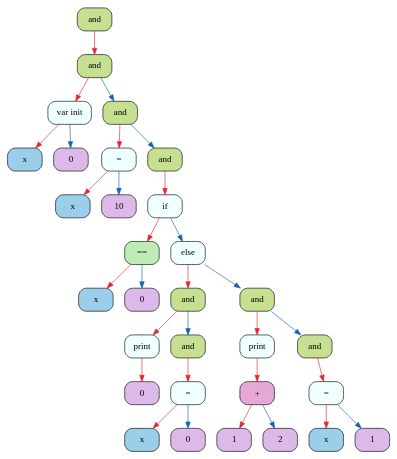
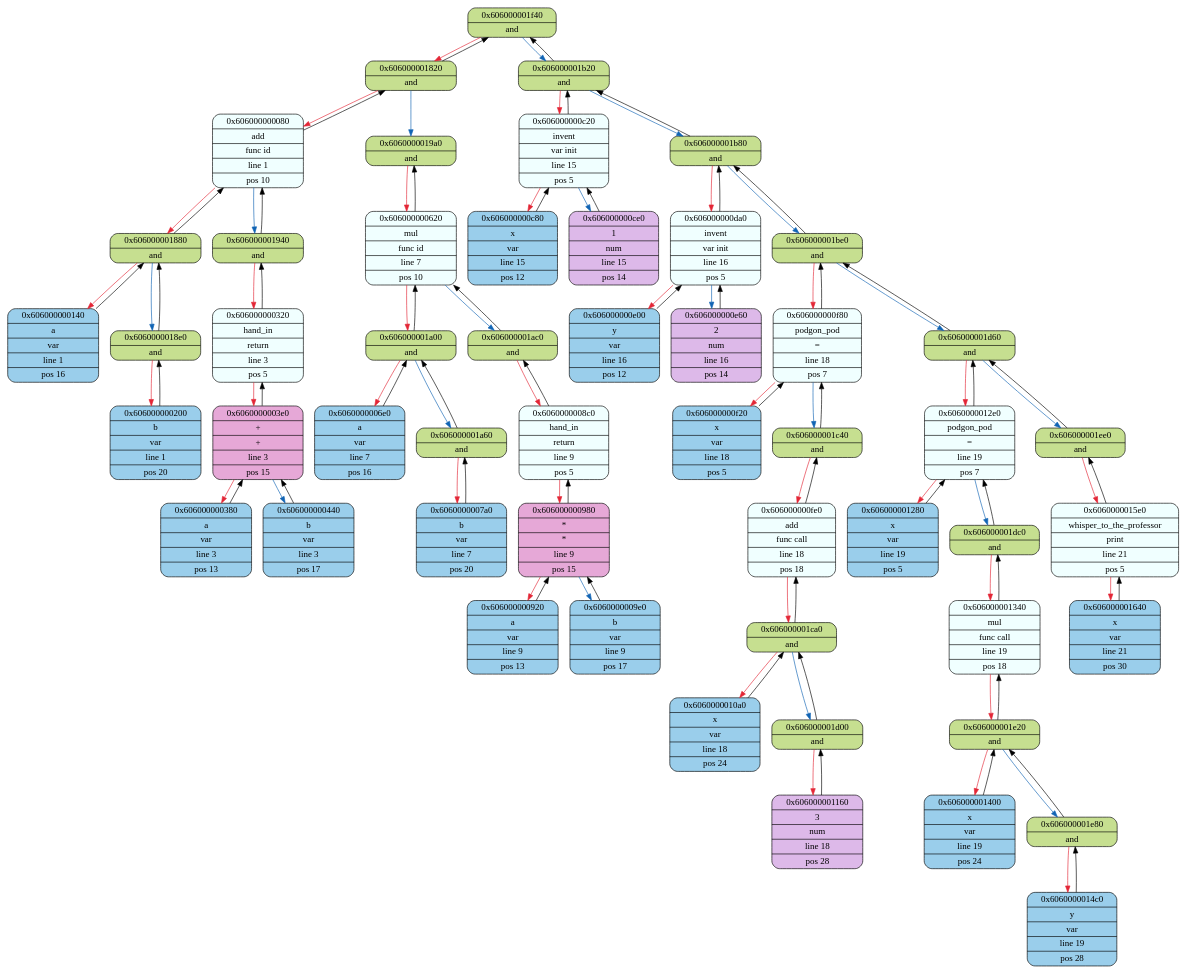
Before and after one commit to 2APetrin/MIPT_language: the diagram in frontend/logs/log_graphviz.dot, drawn with Graphviz. The commit also changed 17 other files, not shown here.

```diff
--- a/frontend/logs/log_graphviz.dot
+++ b/frontend/logs/log_graphviz.dot
@@ -1,64 +1,156 @@
 digraph
 {
-    node_0x606000000b60[shape = Mrecord, label = "{{and}}", style = "filled", fillcolor = "#C6DF90"];
-    node_0x606000000b00[shape = Mrecord, label = "{{and}}", style = "filled", fillcolor = "#C6DF90"];
-    node_0x6060000000e0[shape = Mrecord, label = "{{var init}}", style = "filled", fillcolor = "#F0FFFF"];
-    node_0x606000000020[shape = Mrecord, label = "{{x}}", style = "filled", fillcolor = "#9ACEEB"];
-    node_0x606000000080[shape = Mrecord, label = "{{0}}", style = "filled", fillcolor = "#DDB9E9"];
-    node_0x606000000aa0[shape = Mrecord, label = "{{and}}", style = "filled", fillcolor = "#C6DF90"];
-    node_0x606000000200[shape = Mrecord, label = "{{=}}", style = "filled", fillcolor = "#F0FFFF"];
-    node_0x606000000140[shape = Mrecord, label = "{{x}}", style = "filled", fillcolor = "#9ACEEB"];
-    node_0x6060000001a0[shape = Mrecord, label = "{{10}}", style = "filled", fillcolor = "#DDB9E9"];
-    node_0x606000000a40[shape = Mrecord, label = "{{and}}", style = "filled", fillcolor = "#C6DF90"];
-    node_0x6060000009e0[shape = Mrecord, label = "{{if}}", style = "filled", fillcolor = "#F0FFFF"];
-    node_0x606000000320[shape = Mrecord, label = "{{==}}", style = "filled", fillcolor = "#BDECB6"];
-    node_0x606000000260[shape = Mrecord, label = "{{x}}", style = "filled", fillcolor = "#9ACEEB"];
-    node_0x6060000002c0[shape = Mrecord, label = "{{0}}", style = "filled", fillcolor = "#DDB9E9"];
-    node_0x606000000980[shape = Mrecord, label = "{{else}}", style = "filled", fillcolor = "#F0FFFF"];
-    node_0x6060000005c0[shape = Mrecord, label = "{{and}}", style = "filled", fillcolor = "#C6DF90"];
-    node_0x6060000003e0[shape = Mrecord, label = "{{print}}", style = "filled", fillcolor = "#F0FFFF"];
-    node_0x606000000380[shape = Mrecord, label = "{{0}}", style = "filled", fillcolor = "#DDB9E9"];
-    node_0x606000000560[shape = Mrecord, label = "{{and}}", style = "filled", fillcolor = "#C6DF90"];
-    node_0x606000000500[shape = Mrecord, label = "{{=}}", style = "filled", fillcolor = "#F0FFFF"];
-    node_0x606000000440[shape = Mrecord, label = "{{x}}", style = "filled", fillcolor = "#9ACEEB"];
-    node_0x6060000004a0[shape = Mrecord, label = "{{0}}", style = "filled", fillcolor = "#DDB9E9"];
-    node_0x606000000920[shape = Mrecord, label = "{{and}}", style = "filled", fillcolor = "#C6DF90"];
-    node_0x606000000740[shape = Mrecord, label = "{{print}}", style = "filled", fillcolor = "#F0FFFF"];
-    node_0x6060000006e0[shape = Mrecord, label = "{{+}}", style = "filled", fillcolor = "#E6A8D7"];
-    node_0x606000000620[shape = Mrecord, label = "{{1}}", style = "filled", fillcolor = "#DDB9E9"];
-    node_0x606000000680[shape = Mrecord, label = "{{2}}", style = "filled", fillcolor = "#DDB9E9"];
-    node_0x6060000008c0[shape = Mrecord, label = "{{and}}", style = "filled", fillcolor = "#C6DF90"];
-    node_0x606000000860[shape = Mrecord, label = "{{=}}", style = "filled", fillcolor = "#F0FFFF"];
-    node_0x6060000007a0[shape = Mrecord, label = "{{x}}", style = "filled", fillcolor = "#9ACEEB"];
-    node_0x606000000800[shape = Mrecord, label = "{{1}}", style = "filled", fillcolor = "#DDB9E9"];
-    node_0x606000000b60->node_0x606000000b00 [color = "#E32636"];
-    node_0x606000000b00->node_0x6060000000e0 [color = "#E32636"];
-    node_0x6060000000e0->node_0x606000000020 [color = "#E32636"];
-    node_0x6060000000e0->node_0x606000000080 [color = "#1164B4"];
-    node_0x606000000b00->node_0x606000000aa0 [color = "#1164B4"];
-    node_0x606000000aa0->node_0x606000000200 [color = "#E32636"];
-    node_0x606000000200->node_0x606000000140 [color = "#E32636"];
-    node_0x606000000200->node_0x6060000001a0 [color = "#1164B4"];
-    node_0x606000000aa0->node_0x606000000a40 [color = "#1164B4"];
-    node_0x606000000a40->node_0x6060000009e0 [color = "#E32636"];
-    node_0x6060000009e0->node_0x606000000320 [color = "#E32636"];
-    node_0x606000000320->node_0x606000000260 [color = "#E32636"];
-    node_0x606000000320->node_0x6060000002c0 [color = "#1164B4"];
-    node_0x6060000009e0->node_0x606000000980 [color = "#1164B4"];
-    node_0x606000000980->node_0x6060000005c0 [color = "#E32636"];
-    node_0x6060000005c0->node_0x6060000003e0 [color = "#E32636"];
+    node_0x606000001f40[shape = Mrecord, label = "{{0x606000001f40} | {and}}", style = "filled", fillcolor = "#C6DF90"];
+    node_0x606000001820[shape = Mrecord, label = "{{0x606000001820} | {and}}", style = "filled", fillcolor = "#C6DF90"];
+    node_0x606000000080[shape = Mrecord, label = "{{0x606000000080} | {add} | {func id} | {line 1} | {pos 10}}", style = "filled", fillcolor = "#F0FFFF"];
+    node_0x606000001880[shape = Mrecord, label = "{{0x606000001880} | {and}}", style = "filled", fillcolor = "#C6DF90"];
+    node_0x606000000140[shape = Mrecord, label = "{{0x606000000140} | {a} | {var} | {line 1} | {pos 16}}", style = "filled", fillcolor = "#9ACEEB"];
+    node_0x6060000018e0[shape = Mrecord, label = "{{0x6060000018e0} | {and}}", style = "filled", fillcolor = "#C6DF90"];
+    node_0x606000000200[shape = Mrecord, label = "{{0x606000000200} | {b} | {var} | {line 1} | {pos 20}}", style = "filled", fillcolor = "#9ACEEB"];
+    node_0x606000001940[shape = Mrecord, label = "{{0x606000001940} | {and}}", style = "filled", fillcolor = "#C6DF90"];
+    node_0x606000000320[shape = Mrecord, label = "{{0x606000000320} | {hand_in} | {return} | {line 3} | {pos 5}}", style = "filled", fillcolor = "#F0FFFF"];
+    node_0x6060000003e0[shape = Mrecord, label = "{{0x6060000003e0} | {+} | {+} | {line 3} | {pos 15}}", style = "filled", fillcolor = "#E6A8D7"];
+    node_0x606000000380[shape = Mrecord, label = "{{0x606000000380} | {a} | {var} | {line 3} | {pos 13}}", style = "filled", fillcolor = "#9ACEEB"];
+    node_0x606000000440[shape = Mrecord, label = "{{0x606000000440} | {b} | {var} | {line 3} | {pos 17}}", style = "filled", fillcolor = "#9ACEEB"];
+    node_0x6060000019a0[shape = Mrecord, label = "{{0x6060000019a0} | {and}}", style = "filled", fillcolor = "#C6DF90"];
+    node_0x606000000620[shape = Mrecord, label = "{{0x606000000620} | {mul} | {func id} | {line 7} | {pos 10}}", style = "filled", fillcolor = "#F0FFFF"];
+    node_0x606000001a00[shape = Mrecord, label = "{{0x606000001a00} | {and}}", style = "filled", fillcolor = "#C6DF90"];
+    node_0x6060000006e0[shape = Mrecord, label = "{{0x6060000006e0} | {a} | {var} | {line 7} | {pos 16}}", style = "filled", fillcolor = "#9ACEEB"];
+    node_0x606000001a60[shape = Mrecord, label = "{{0x606000001a60} | {and}}", style = "filled", fillcolor = "#C6DF90"];
+    node_0x6060000007a0[shape = Mrecord, label = "{{0x6060000007a0} | {b} | {var} | {line 7} | {pos 20}}", style = "filled", fillcolor = "#9ACEEB"];
+    node_0x606000001ac0[shape = Mrecord, label = "{{0x606000001ac0} | {and}}", style = "filled", fillcolor = "#C6DF90"];
+    node_0x6060000008c0[shape = Mrecord, label = "{{0x6060000008c0} | {hand_in} | {return} | {line 9} | {pos 5}}", style = "filled", fillcolor = "#F0FFFF"];
+    node_0x606000000980[shape = Mrecord, label = "{{0x606000000980} | {*} | {*} | {line 9} | {pos 15}}", style = "filled", fillcolor = "#E6A8D7"];
+    node_0x606000000920[shape = Mrecord, label = "{{0x606000000920} | {a} | {var} | {line 9} | {pos 13}}", style = "filled", fillcolor = "#9ACEEB"];
+    node_0x6060000009e0[shape = Mrecord, label = "{{0x6060000009e0} | {b} | {var} | {line 9} | {pos 17}}", style = "filled", fillcolor = "#9ACEEB"];
+    node_0x606000001b20[shape = Mrecord, label = "{{0x606000001b20} | {and}}", style = "filled", fillcolor = "#C6DF90"];
+    node_0x606000000c20[shape = Mrecord, label = "{{0x606000000c20} | {invent} | {var init} | {line 15} | {pos 5}}", style = "filled", fillcolor = "#F0FFFF"];
+    node_0x606000000c80[shape = Mrecord, label = "{{0x606000000c80} | {x} | {var} | {line 15} | {pos 12}}", style = "filled", fillcolor = "#9ACEEB"];
+    node_0x606000000ce0[shape = Mrecord, label = "{{0x606000000ce0} | {1} | {num} | {line 15} | {pos 14}}", style = "filled", fillcolor = "#DDB9E9"];
+    node_0x606000001b80[shape = Mrecord, label = "{{0x606000001b80} | {and}}", style = "filled", fillcolor = "#C6DF90"];
+    node_0x606000000da0[shape = Mrecord, label = "{{0x606000000da0} | {invent} | {var init} | {line 16} | {pos 5}}", style = "filled", fillcolor = "#F0FFFF"];
+    node_0x606000000e00[shape = Mrecord, label = "{{0x606000000e00} | {y} | {var} | {line 16} | {pos 12}}", style = "filled", fillcolor = "#9ACEEB"];
+    node_0x606000000e60[shape = Mrecord, label = "{{0x606000000e60} | {2} | {num} | {line 16} | {pos 14}}", style = "filled", fillcolor = "#DDB9E9"];
+    node_0x606000001be0[shape = Mrecord, label = "{{0x606000001be0} | {and}}", style = "filled", fillcolor = "#C6DF90"];
+    node_0x606000000f80[shape = Mrecord, label = "{{0x606000000f80} | {podgon_pod} | {=} | {line 18} | {pos 7}}", style = "filled", fillcolor = "#F0FFFF"];
+    node_0x606000000f20[shape = Mrecord, label = "{{0x606000000f20} | {x} | {var} | {line 18} | {pos 5}}", style = "filled", fillcolor = "#9ACEEB"];
+    node_0x606000001c40[shape = Mrecord, label = "{{0x606000001c40} | {and}}", style = "filled", fillcolor = "#C6DF90"];
+    node_0x606000000fe0[shape = Mrecord, label = "{{0x606000000fe0} | {add} | {func call} | {line 18} | {pos 18}}", style = "filled", fillcolor = "#F0FFFF"];
+    node_0x606000001ca0[shape = Mrecord, label = "{{0x606000001ca0} | {and}}", style = "filled", fillcolor = "#C6DF90"];
+    node_0x6060000010a0[shape = Mrecord, label = "{{0x6060000010a0} | {x} | {var} | {line 18} | {pos 24}}", style = "filled", fillcolor = "#9ACEEB"];
+    node_0x606000001d00[shape = Mrecord, label = "{{0x606000001d00} | {and}}", style = "filled", fillcolor = "#C6DF90"];
+    node_0x606000001160[shape = Mrecord, label = "{{0x606000001160} | {3} | {num} | {line 18} | {pos 28}}", style = "filled", fillcolor = "#DDB9E9"];
+    node_0x606000001d60[shape = Mrecord, label = "{{0x606000001d60} | {and}}", style = "filled", fillcolor = "#C6DF90"];
+    node_0x6060000012e0[shape = Mrecord, label = "{{0x6060000012e0} | {podgon_pod} | {=} | {line 19} | {pos 7}}", style = "filled", fillcolor = "#F0FFFF"];
+    node_0x606000001280[shape = Mrecord, label = "{{0x606000001280} | {x} | {var} | {line 19} | {pos 5}}", style = "filled", fillcolor = "#9ACEEB"];
+    node_0x606000001dc0[shape = Mrecord, label = "{{0x606000001dc0} | {and}}", style = "filled", fillcolor = "#C6DF90"];
+    node_0x606000001340[shape = Mrecord, label = "{{0x606000001340} | {mul} | {func call} | {line 19} | {pos 18}}", style = "filled", fillcolor = "#F0FFFF"];
+    node_0x606000001e20[shape = Mrecord, label = "{{0x606000001e20} | {and}}", style = "filled", fillcolor = "#C6DF90"];
+    node_0x606000001400[shape = Mrecord, label = "{{0x606000001400} | {x} | {var} | {line 19} | {pos 24}}", style = "filled", fillcolor = "#9ACEEB"];
+    node_0x606000001e80[shape = Mrecord, label = "{{0x606000001e80} | {and}}", style = "filled", fillcolor = "#C6DF90"];
+    node_0x6060000014c0[shape = Mrecord, label = "{{0x6060000014c0} | {y} | {var} | {line 19} | {pos 28}}", style = "filled", fillcolor = "#9ACEEB"];
+    node_0x606000001ee0[shape = Mrecord, label = "{{0x606000001ee0} | {and}}", style = "filled", fillcolor = "#C6DF90"];
+    node_0x6060000015e0[shape = Mrecord, label = "{{0x6060000015e0} | {whisper_to_the_professor} | {print} | {line 21} | {pos 5}}", style = "filled", fillcolor = "#F0FFFF"];
+    node_0x606000001640[shape = Mrecord, label = "{{0x606000001640} | {x} | {var} | {line 21} | {pos 30}}", style = "filled", fillcolor = "#9ACEEB"];
+    node_0x606000001820->node_0x606000001f40 [color = "#000000"];
+    node_0x606000001f40->node_0x606000001820 [color = "#E32636"];
+    node_0x606000000080->node_0x606000001820 [color = "#000000"];
+    node_0x606000001820->node_0x606000000080 [color = "#E32636"];
+    node_0x606000001880->node_0x606000000080 [color = "#000000"];
+    node_0x606000000080->node_0x606000001880 [color = "#E32636"];
+    node_0x606000000140->node_0x606000001880 [color = "#000000"];
+    node_0x606000001880->node_0x606000000140 [color = "#E32636"];
+    node_0x6060000018e0->node_0x606000001880 [color = "#000000"];
+    node_0x606000001880->node_0x6060000018e0 [color = "#1164B4"];
+    node_0x606000000200->node_0x6060000018e0 [color = "#000000"];
+    node_0x6060000018e0->node_0x606000000200 [color = "#E32636"];
+    node_0x606000001940->node_0x606000000080 [color = "#000000"];
+    node_0x606000000080->node_0x606000001940 [color = "#1164B4"];
+    node_0x606000000320->node_0x606000001940 [color = "#000000"];
+    node_0x606000001940->node_0x606000000320 [color = "#E32636"];
+    node_0x6060000003e0->node_0x606000000320 [color = "#000000"];
+    node_0x606000000320->node_0x6060000003e0 [color = "#E32636"];
+    node_0x606000000380->node_0x6060000003e0 [color = "#000000"];
     node_0x6060000003e0->node_0x606000000380 [color = "#E32636"];
-    node_0x6060000005c0->node_0x606000000560 [color = "#1164B4"];
-    node_0x606000000560->node_0x606000000500 [color = "#E32636"];
-    node_0x606000000500->node_0x606000000440 [color = "#E32636"];
-    node_0x606000000500->node_0x6060000004a0 [color = "#1164B4"];
-    node_0x606000000980->node_0x606000000920 [color = "#1164B4"];
-    node_0x606000000920->node_0x606000000740 [color = "#E32636"];
-    node_0x606000000740->node_0x6060000006e0 [color = "#E32636"];
-    node_0x6060000006e0->node_0x606000000620 [color = "#E32636"];
-    node_0x6060000006e0->node_0x606000000680 [color = "#1164B4"];
-    node_0x606000000920->node_0x6060000008c0 [color = "#1164B4"];
-    node_0x6060000008c0->node_0x606000000860 [color = "#E32636"];
-    node_0x606000000860->node_0x6060000007a0 [color = "#E32636"];
-    node_0x606000000860->node_0x606000000800 [color = "#1164B4"];
+    node_0x606000000440->node_0x6060000003e0 [color = "#000000"];
+    node_0x6060000003e0->node_0x606000000440 [color = "#1164B4"];
+    node_0x606000001820->node_0x6060000019a0 [color = "#1164B4"];
+    node_0x606000000620->node_0x6060000019a0 [color = "#000000"];
+    node_0x6060000019a0->node_0x606000000620 [color = "#E32636"];
+    node_0x606000001a00->node_0x606000000620 [color = "#000000"];
+    node_0x606000000620->node_0x606000001a00 [color = "#E32636"];
+    node_0x6060000006e0->node_0x606000001a00 [color = "#000000"];
+    node_0x606000001a00->node_0x6060000006e0 [color = "#E32636"];
+    node_0x606000001a60->node_0x606000001a00 [color = "#000000"];
+    node_0x606000001a00->node_0x606000001a60 [color = "#1164B4"];
+    node_0x6060000007a0->node_0x606000001a60 [color = "#000000"];
+    node_0x606000001a60->node_0x6060000007a0 [color = "#E32636"];
+    node_0x606000001ac0->node_0x606000000620 [color = "#000000"];
+    node_0x606000000620->node_0x606000001ac0 [color = "#1164B4"];
+    node_0x6060000008c0->node_0x606000001ac0 [color = "#000000"];
+    node_0x606000001ac0->node_0x6060000008c0 [color = "#E32636"];
+    node_0x606000000980->node_0x6060000008c0 [color = "#000000"];
+    node_0x6060000008c0->node_0x606000000980 [color = "#E32636"];
+    node_0x606000000920->node_0x606000000980 [color = "#000000"];
+    node_0x606000000980->node_0x606000000920 [color = "#E32636"];
+    node_0x6060000009e0->node_0x606000000980 [color = "#000000"];
+    node_0x606000000980->node_0x6060000009e0 [color = "#1164B4"];
+    node_0x606000001b20->node_0x606000001f40 [color = "#000000"];
+    node_0x606000001f40->node_0x606000001b20 [color = "#1164B4"];
+    node_0x606000000c20->node_0x606000001b20 [color = "#000000"];
+    node_0x606000001b20->node_0x606000000c20 [color = "#E32636"];
+    node_0x606000000c80->node_0x606000000c20 [color = "#000000"];
+    node_0x606000000c20->node_0x606000000c80 [color = "#E32636"];
+    node_0x606000000ce0->node_0x606000000c20 [color = "#000000"];
+    node_0x606000000c20->node_0x606000000ce0 [color = "#1164B4"];
+    node_0x606000001b80->node_0x606000001b20 [color = "#000000"];
+    node_0x606000001b20->node_0x606000001b80 [color = "#1164B4"];
+    node_0x606000000da0->node_0x606000001b80 [color = "#000000"];
+    node_0x606000001b80->node_0x606000000da0 [color = "#E32636"];
+    node_0x606000000e00->node_0x606000000da0 [color = "#000000"];
+    node_0x606000000da0->node_0x606000000e00 [color = "#E32636"];
+    node_0x606000000e60->node_0x606000000da0 [color = "#000000"];
+    node_0x606000000da0->node_0x606000000e60 [color = "#1164B4"];
+    node_0x606000001be0->node_0x606000001b80 [color = "#000000"];
+    node_0x606000001b80->node_0x606000001be0 [color = "#1164B4"];
+    node_0x606000000f80->node_0x606000001be0 [color = "#000000"];
+    node_0x606000001be0->node_0x606000000f80 [color = "#E32636"];
+    node_0x606000000f20->node_0x606000000f80 [color = "#000000"];
+    node_0x606000000f80->node_0x606000000f20 [color = "#E32636"];
+    node_0x606000001c40->node_0x606000000f80 [color = "#000000"];
+    node_0x606000000f80->node_0x606000001c40 [color = "#1164B4"];
+    node_0x606000000fe0->node_0x606000001c40 [color = "#000000"];
+    node_0x606000001c40->node_0x606000000fe0 [color = "#E32636"];
+    node_0x606000001ca0->node_0x606000000fe0 [color = "#000000"];
+    node_0x606000000fe0->node_0x606000001ca0 [color = "#E32636"];
+    node_0x6060000010a0->node_0x606000001ca0 [color = "#000000"];
+    node_0x606000001ca0->node_0x6060000010a0 [color = "#E32636"];
+    node_0x606000001d00->node_0x606000001ca0 [color = "#000000"];
+    node_0x606000001ca0->node_0x606000001d00 [color = "#1164B4"];
+    node_0x606000001160->node_0x606000001d00 [color = "#000000"];
+    node_0x606000001d00->node_0x606000001160 [color = "#E32636"];
+    node_0x606000001d60->node_0x606000001be0 [color = "#000000"];
+    node_0x606000001be0->node_0x606000001d60 [color = "#1164B4"];
+    node_0x6060000012e0->node_0x606000001d60 [color = "#000000"];
+    node_0x606000001d60->node_0x6060000012e0 [color = "#E32636"];
+    node_0x606000001280->node_0x6060000012e0 [color = "#000000"];
+    node_0x6060000012e0->node_0x606000001280 [color = "#E32636"];
+    node_0x606000001dc0->node_0x6060000012e0 [color = "#000000"];
+    node_0x6060000012e0->node_0x606000001dc0 [color = "#1164B4"];
+    node_0x606000001340->node_0x606000001dc0 [color = "#000000"];
+    node_0x606000001dc0->node_0x606000001340 [color = "#E32636"];
+    node_0x606000001e20->node_0x606000001340 [color = "#000000"];
+    node_0x606000001340->node_0x606000001e20 [color = "#E32636"];
+    node_0x606000001400->node_0x606000001e20 [color = "#000000"];
+    node_0x606000001e20->node_0x606000001400 [color = "#E32636"];
+    node_0x606000001e80->node_0x606000001e20 [color = "#000000"];
+    node_0x606000001e20->node_0x606000001e80 [color = "#1164B4"];
+    node_0x6060000014c0->node_0x606000001e80 [color = "#000000"];
+    node_0x606000001e80->node_0x6060000014c0 [color = "#E32636"];
+    node_0x606000001ee0->node_0x606000001d60 [color = "#000000"];
+    node_0x606000001d60->node_0x606000001ee0 [color = "#1164B4"];
+    node_0x6060000015e0->node_0x606000001ee0 [color = "#000000"];
+    node_0x606000001ee0->node_0x6060000015e0 [color = "#E32636"];
+    node_0x606000001640->node_0x6060000015e0 [color = "#000000"];
+    node_0x6060000015e0->node_0x606000001640 [color = "#E32636"];
 }
```
